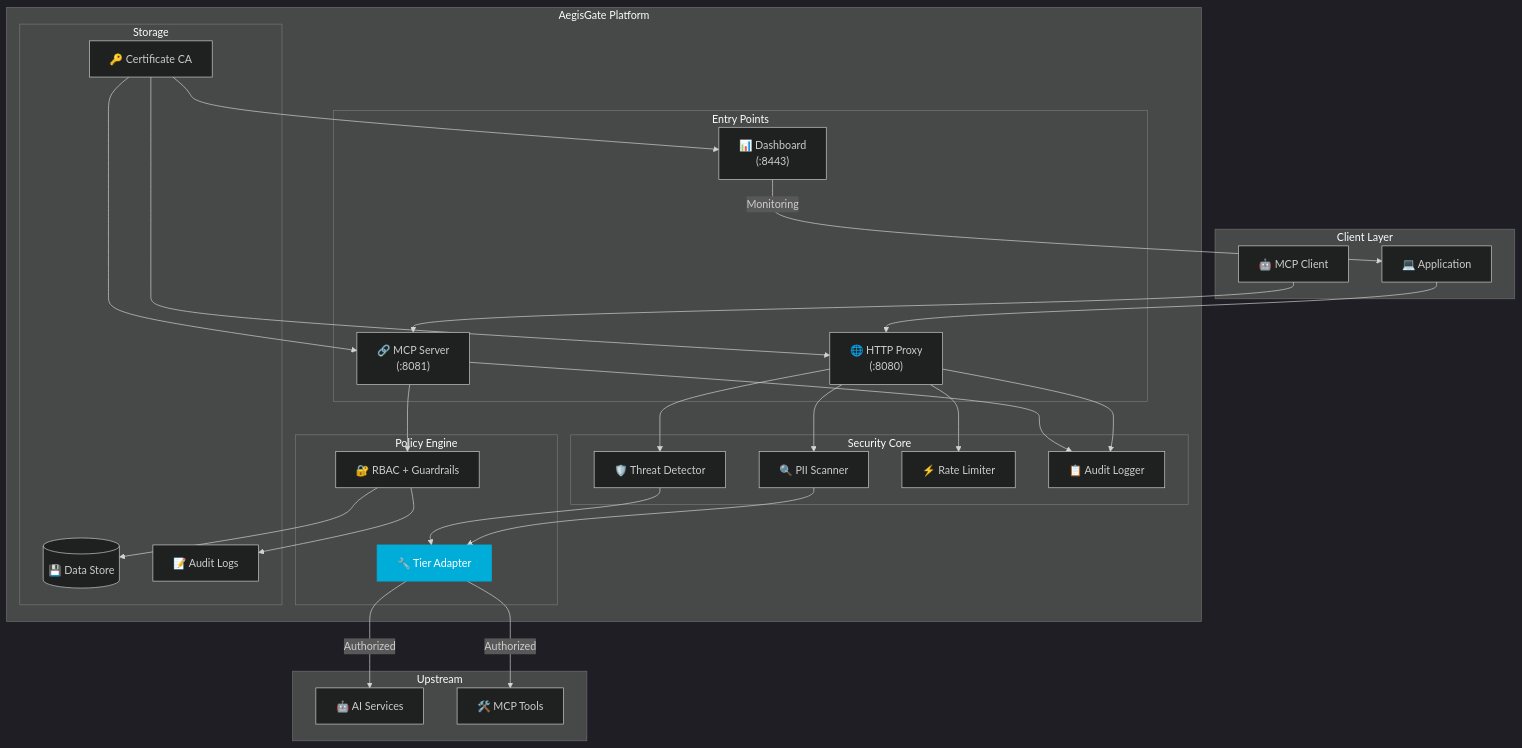
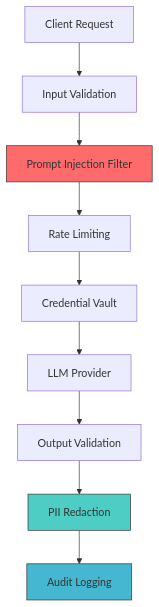
One commit to aegisgatesecurity/aegisgate-platform changed the second of 3 diagrams in README.md. Above: the diagram before and after it, drawn with Mermaid. The commit also changed other lines of this file, not shown here.

````diff
--- a/README.md
+++ b/README.md
@@ -538,56 +149,15 @@
 ```mermaid
-%%{init: {'theme': 'dark'}}%%
-flowchart TB
-    subgraph "Client Layer"
-        A[💻 Application]
-        B[🤖 MCP Client]
-    end
-
-    subgraph "AegisGate Platform"
-        subgraph "Entry Points"
-            C["🌐 HTTP Proxy<br/>(:8080)"]
-            D["🔗 MCP Server<br/>(:8081)"]
-            E["📊 Dashboard<br/>(:8443)"]
-        end
-        
-        subgraph "Security Core"
-            F[🔍 PII Scanner]
-            G[🛡️ Threat Detector]
-            H[⚡ Rate Limiter]
-            I[📋 Audit Logger]
-        end
-        
-        subgraph "Policy Engine"
-            J["🔐 RBAC + Guardrails"]
-            K[🔧 Tier Adapter]
-        end
-        
-        subgraph "Storage"
-            M[(💾 Data Store)]
-            N["📝 Audit Logs"]
-            O["🔑 Certificate CA"]
-        end
-    end
+graph TD
+    A[Client Request] --> B[Input Validation]
+    B --> C[Prompt Injection Filter]
+    C --> D[Rate Limiting]
+    D --> E[Credential Vault]
+    E --> F[LLM Provider]
+    F --> G[Output Validation]
+    G --> H[PII Redaction]
+    H --> I[Audit Logging]
     
-    subgraph "Upstream"
-        P[🤖 AI Services]
-        Q[🛠️ MCP Tools]
-    end
-
-    A --> C
-    B --> D
-    E -->|Monitoring| A
-    
-    C --> F & G & H & I
-    D --> J & I
-    
-    F & G --> K
-    J --> M & N
-    O --> C & D & E
-    
-    K -->|Authorized| P & Q
-
-    style K fill:#00ADD8,stroke:#00ADD8,color:#fff
-    style F fill:#2386362
-    style G fill:#2386362
+    style C fill:#ff6b6b,stroke:#333
+    style H fill:#4ecdc4,stroke:#333
+    style I fill:#45b7d1,stroke:#333
 ```
````
